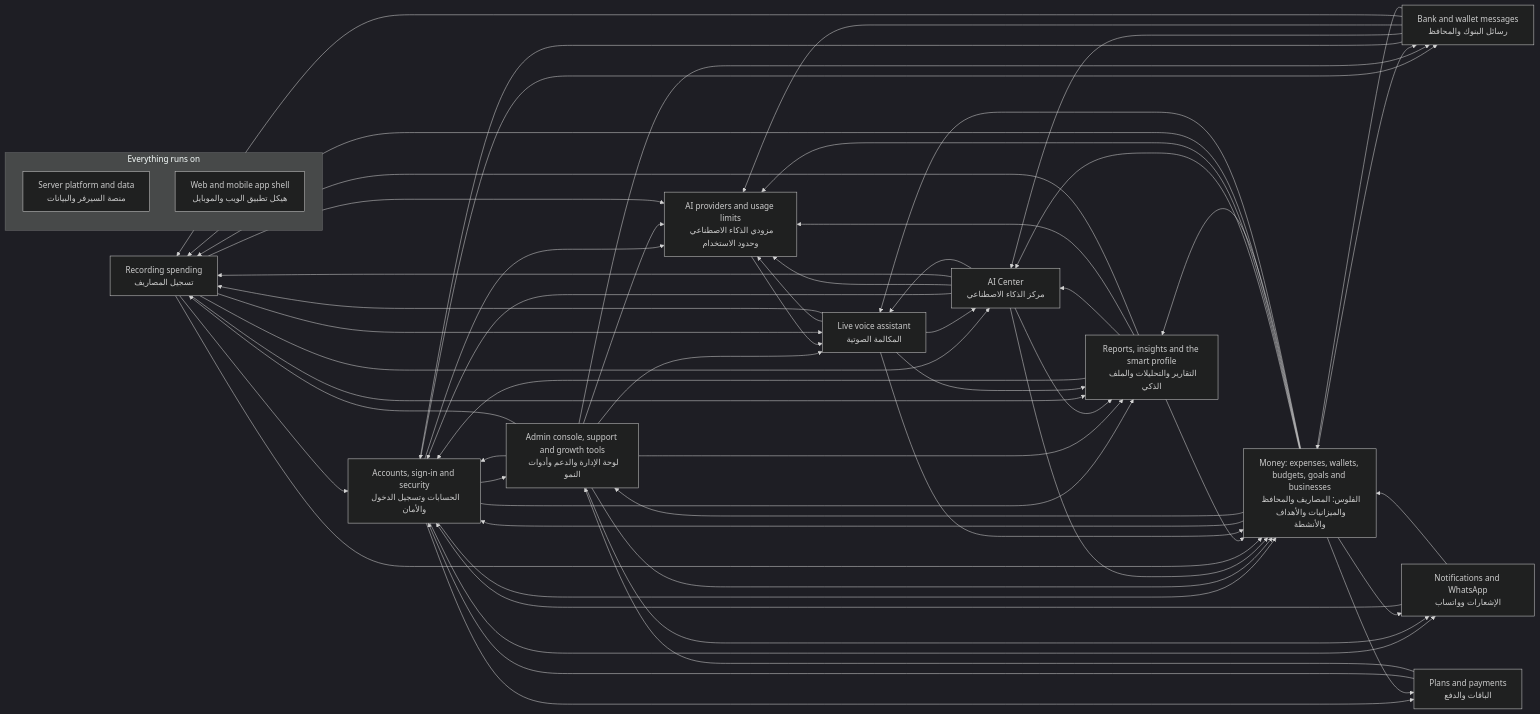
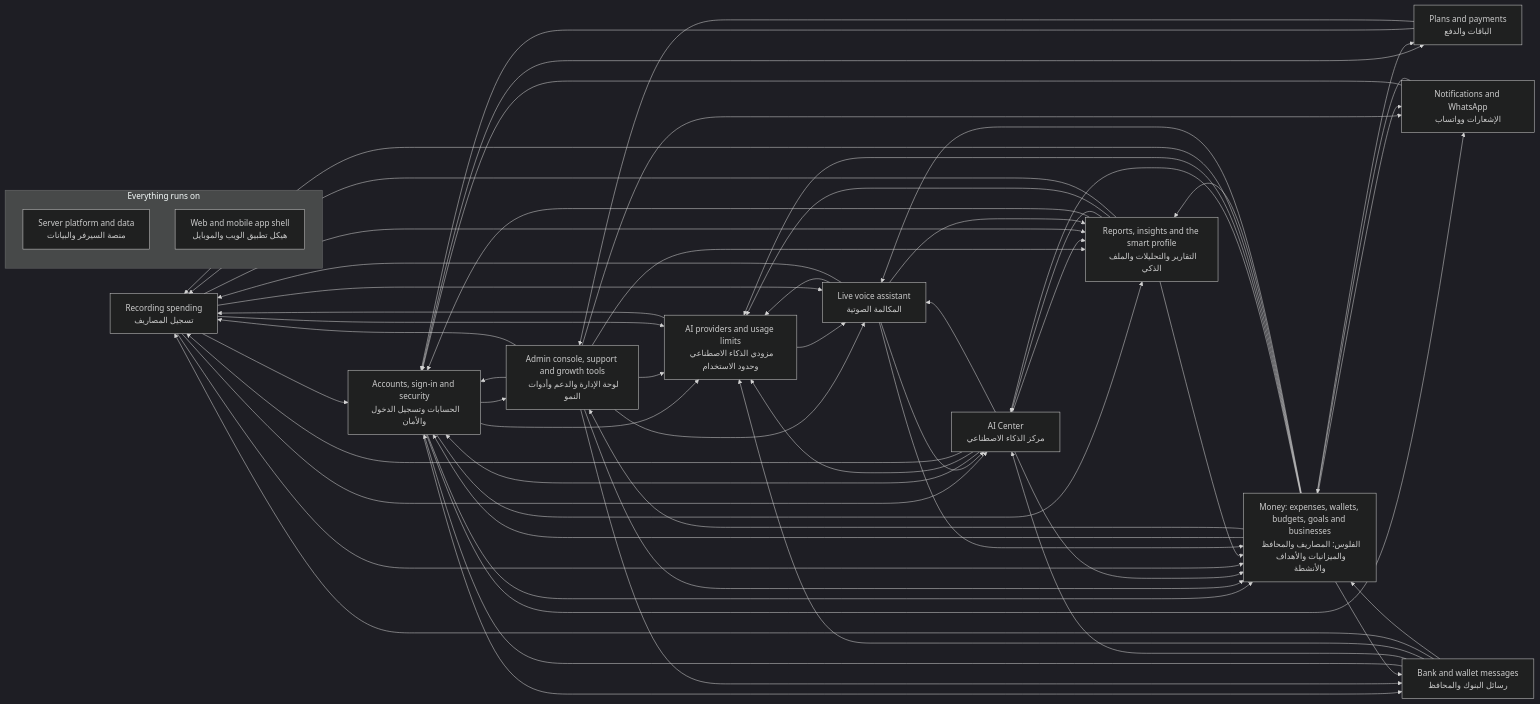
The diagram in docs/atlas/systems/README.md (mahmoudtaherr111/smartspend_mini_all), drawn with Mermaid (dark theme) before and after one commit. The commit also changed 144 other files, not shown here.

````diff
--- a/docs/atlas/systems/README.md
+++ b/docs/atlas/systems/README.md
@@ -15,75 +15,76 @@
 ```mermaid
 flowchart LR
   sys_expense_capture["Recording spending<br/>تسجيل المصاريف"]
   sys_bank_messages["Bank and wallet messages<br/>رسائل البنوك والمحافظ"]
   sys_voice_calls["Live voice assistant<br/>المكالمة الصوتية"]
   sys_ai_center["AI Center<br/>مركز الذكاء الاصطناعي"]
   sys_insights["Reports, insights and the smart profile<br/>التقارير والتحليلات والملف الذكي"]
   sys_money["Money: expenses, wallets, budgets, goals and businesses<br/>الفلوس: المصاريف والمحافظ والميزانيات والأهداف والأنشطة"]
   sys_accounts["Accounts, sign-in and security<br/>الحسابات وتسجيل الدخول والأمان"]
   sys_billing["Plans and payments<br/>الباقات والدفع"]
   sys_notifications["Notifications and WhatsApp<br/>الإشعارات وواتساب"]
   sys_admin["Admin console, support and growth tools<br/>لوحة الإدارة والدعم وأدوات النمو"]
   sys_ai_platform["AI providers and usage limits<br/>مزودي الذكاء الاصطناعي وحدود الاستخدام"]
   subgraph g_foundation["Everything runs on"]
     sys_platform["Server platform and data<br/>منصة السيرفر والبيانات"]
     sys_web_app["Web and mobile app shell<br/>هيكل تطبيق الويب والموبايل"]
   end
   sys_accounts --> sys_admin
   sys_accounts --> sys_ai_platform
   sys_accounts --> sys_bank_messages
   sys_accounts --> sys_billing
   sys_accounts --> sys_insights
   sys_accounts --> sys_money
   sys_accounts --> sys_notifications
   sys_admin --> sys_accounts
   sys_admin --> sys_ai_platform
   sys_admin --> sys_bank_messages
   sys_admin --> sys_expense_capture
   sys_admin --> sys_insights
   sys_admin --> sys_money
   sys_admin --> sys_notifications
   sys_admin --> sys_voice_calls
   sys_ai_center --> sys_accounts
   sys_ai_center --> sys_ai_platform
   sys_ai_center --> sys_expense_capture
   sys_ai_center --> sys_insights
   sys_ai_center --> sys_money
   sys_ai_center --> sys_voice_calls
+  sys_ai_platform --> sys_expense_capture
   sys_ai_platform --> sys_voice_calls
   sys_bank_messages --> sys_accounts
   sys_bank_messages --> sys_ai_center
   sys_bank_messages --> sys_ai_platform
   sys_bank_messages --> sys_expense_capture
   sys_bank_messages --> sys_money
   sys_billing --> sys_accounts
   sys_billing --> sys_admin
   sys_expense_capture --> sys_accounts
   sys_expense_capture --> sys_ai_center
   sys_expense_capture --> sys_ai_platform
   sys_expense_capture --> sys_insights
   sys_expense_capture --> sys_money
   sys_expense_capture --> sys_voice_calls
   sys_insights --> sys_accounts
   sys_insights --> sys_ai_center
   sys_insights --> sys_ai_platform
   sys_insights --> sys_expense_capture
   sys_insights --> sys_money
   sys_money --> sys_accounts
   sys_money --> sys_admin
   sys_money --> sys_ai_center
   sys_money --> sys_ai_platform
   sys_money --> sys_bank_messages
   sys_money --> sys_billing
   sys_money --> sys_expense_capture
   sys_money --> sys_insights
   sys_money --> sys_notifications
   sys_money --> sys_voice_calls
   sys_notifications --> sys_accounts
   sys_notifications --> sys_money
   sys_voice_calls --> sys_ai_center
   sys_voice_calls --> sys_ai_platform
   sys_voice_calls --> sys_expense_capture
   sys_voice_calls --> sys_insights
   sys_voice_calls --> sys_money
 ```
````
